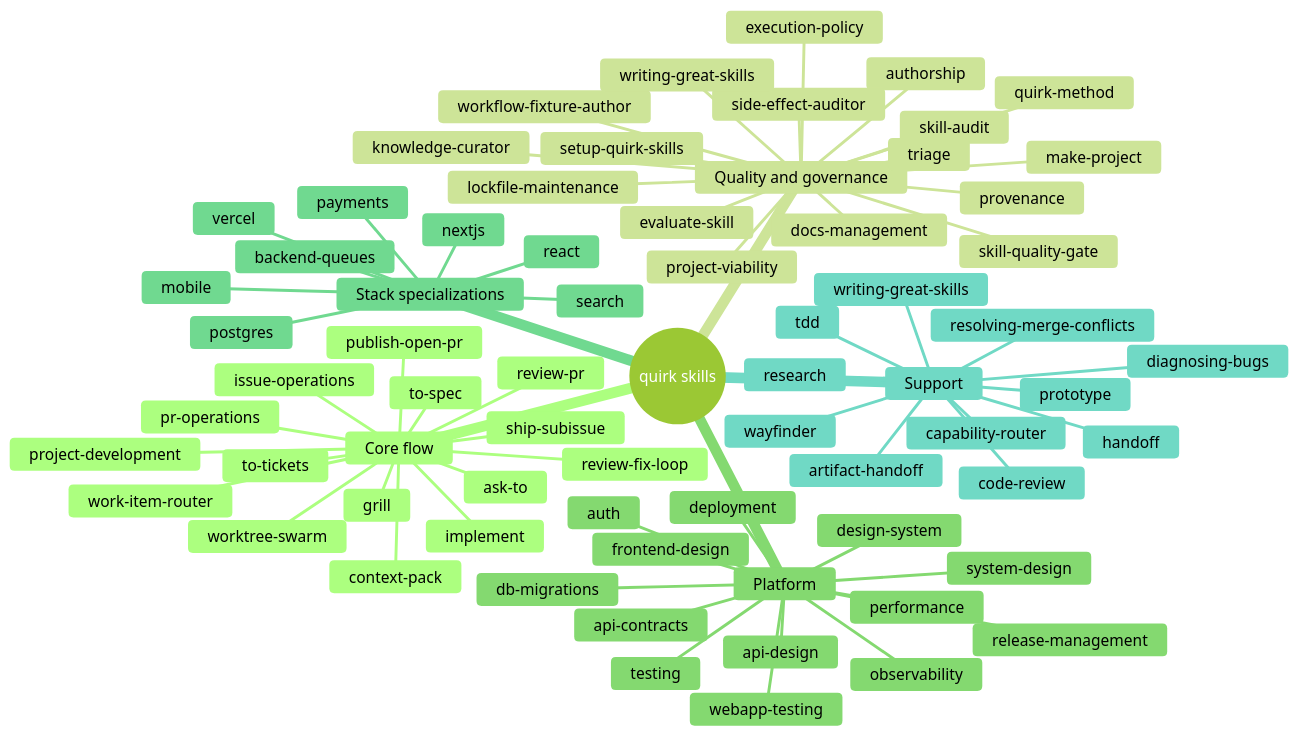
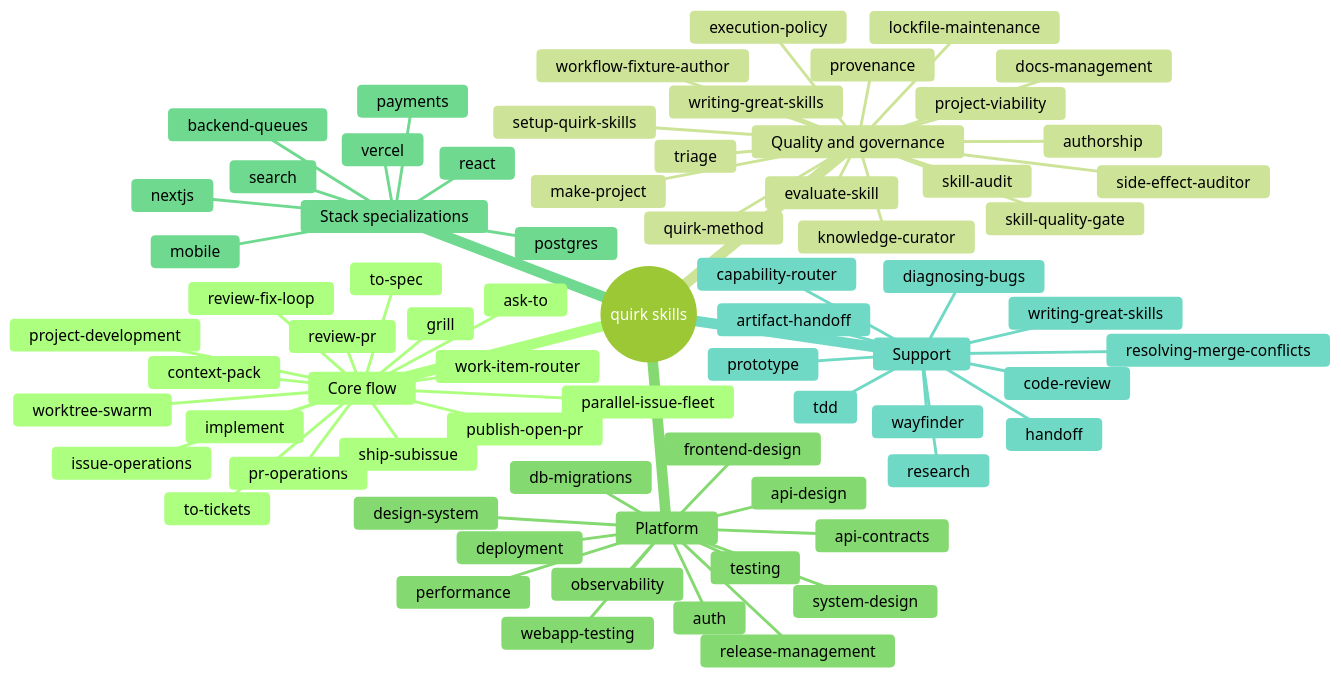
Before and after one commit to quantumquirkxyz/skills-quirk: the diagram in docs/reference/agents/skills-map.md, drawn with Mermaid (forest theme). The commit also changed other lines of this file and 11 other files, not shown here.

````diff
--- a/docs/reference/agents/skills-map.md
+++ b/docs/reference/agents/skills-map.md
@@ -3,73 +3,74 @@
 ```mermaid
 mindmap
     root((quirk skills))
         Core flow
             ask-to
             grill
             project-development
             context-pack
             work-item-router
             to-spec
             to-tickets
             implement
             publish-open-pr
             issue-operations
             pr-operations
             review-pr
             review-fix-loop
             ship-subissue
+            parallel-issue-fleet
             worktree-swarm
         Quality and governance
             authorship
             quirk-method
             provenance
             skill-audit
             evaluate-skill
             lockfile-maintenance
             skill-quality-gate
             workflow-fixture-author
             side-effect-auditor
             knowledge-curator
             writing-great-skills
             execution-policy
             docs-management
             project-viability
             triage
             make-project
             setup-quirk-skills
         Platform
             frontend-design
             design-system
             webapp-testing
             api-design
             api-contracts
             auth
             deployment
             release-management
             observability
             testing
             performance
             system-design
             db-migrations
         Stack specializations
             nextjs
             react
             vercel
             postgres
             search
             backend-queues
             mobile
             payments
         Support
             artifact-handoff
             handoff
             prototype
             research
             tdd
             diagnosing-bugs
             resolving-merge-conflicts
             capability-router
             code-review
             wayfinder
             writing-great-skills
 ```
````
